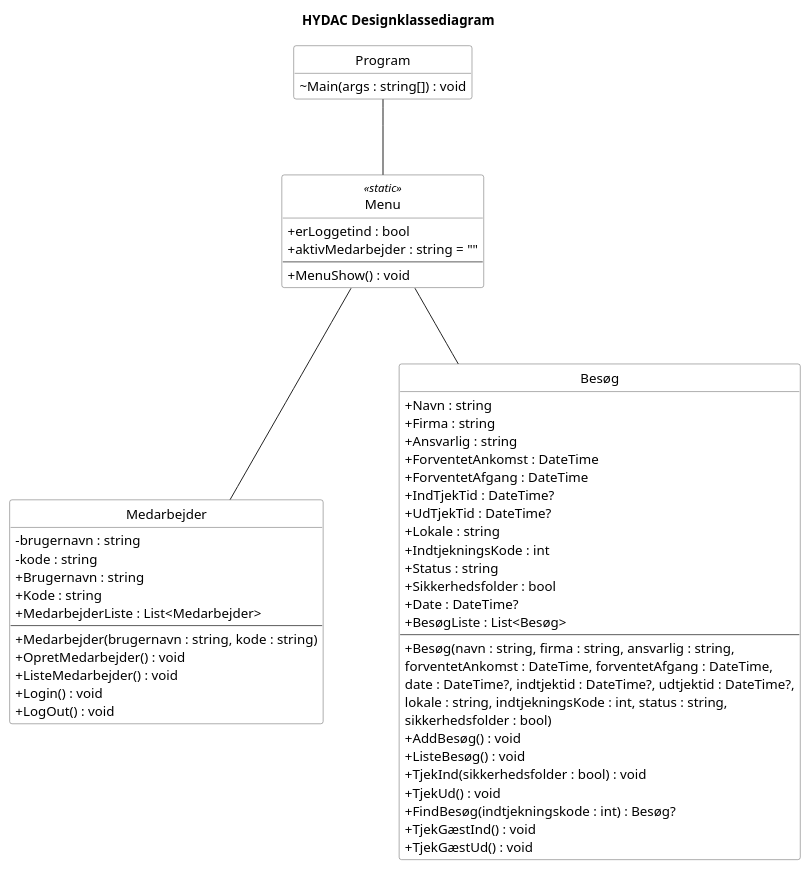
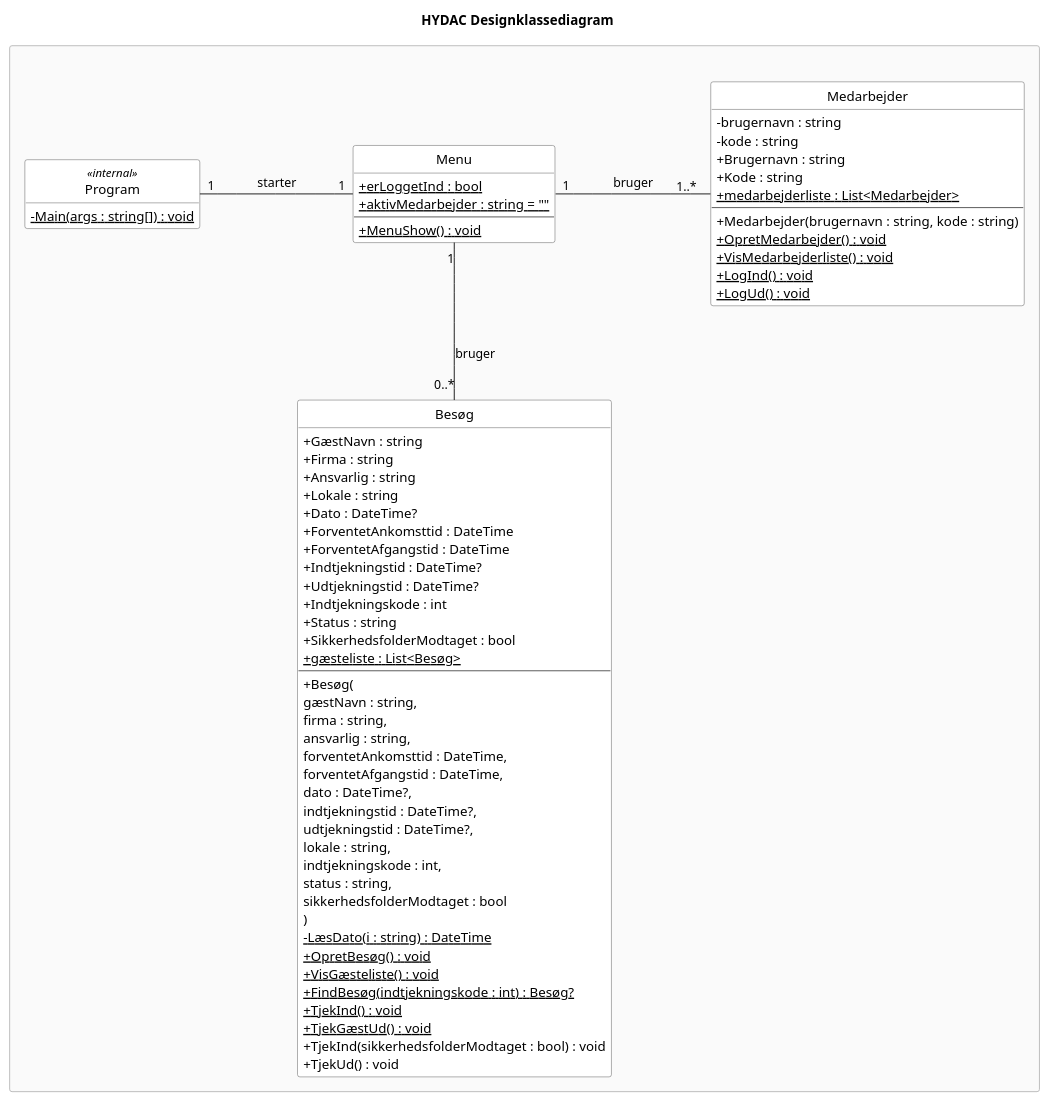
Before and after one commit to Zoabz/Hydac: the diagram in 7. Design Class Diagram/7. Design Class Diagram.puml, drawn with PlantUML. The commit also changed 3 other files, not shown here.

Commit message:
dcd diagram

```diff
--- a/7. Design Class Diagram/7. Design Class Diagram.puml
+++ b/7. Design Class Diagram/7. Design Class Diagram.puml
@@ -1,74 +1,97 @@
 @startuml
 title HYDAC Designklassediagram
 
 hide circle
 hide empty members
 
 skinparam classAttributeIconSize 0
-skinparam nodesep 80
+skinparam pageMargin 40
+skinparam nodesep 120
 skinparam ranksep 80
+
+skinparam rectangle {
+    BackgroundColor #FAFAFA
+    BorderColor #BBBBBB
+}
 
 skinparam class {
     BackgroundColor white
     BorderColor #555555
 }
 
-class Program {
-    ~ Main(args : string[]) : void
+rectangle " " as bakgrund {
+
+class Program <<internal>> {
+    - {static} Main(args : string[]) : void
 }
 
-class Menu <<static>> {
-    + erLoggetind : bool
-    + aktivMedarbejder : string = ""
+
+class Menu {
+    + {static} erLoggetInd : bool
+    + {static} aktivMedarbejder : string = ""
     --
-    + MenuShow() : void
+    + {static} MenuShow() : void
 }
+
 
 class Medarbejder {
     - brugernavn : string
     - kode : string
     + Brugernavn : string
     + Kode : string
-    + MedarbejderListe : List<Medarbejder>
+    + {static} medarbejderliste : List<Medarbejder>
     --
     + Medarbejder(brugernavn : string, kode : string)
-    + OpretMedarbejder() : void
-    + ListeMedarbejder() : void
-    + Login() : void
-    + LogOut() : void
+    + {static} OpretMedarbejder() : void
+    + {static} VisMedarbejderliste() : void
+    + {static} LogInd() : void
+    + {static} LogUd() : void
 }
 
+
 class Besøg {
-    + Navn : string
+    + GæstNavn : string
     + Firma : string
     + Ansvarlig : string
-    + ForventetAnkomst : DateTime
-    + ForventetAfgang : DateTime
-    + IndTjekTid : DateTime?
-    + UdTjekTid : DateTime?
     + Lokale : string
-    + IndtjekningsKode : int
+    + Dato : DateTime?
+    + ForventetAnkomsttid : DateTime
+    + ForventetAfgangstid : DateTime
+    + Indtjekningstid : DateTime?
+    + Udtjekningstid : DateTime?
+    + Indtjekningskode : int
     + Status : string
-    + Sikkerhedsfolder : bool
-    + Date : DateTime?
-    + BesøgListe : List<Besøg>
+    + SikkerhedsfolderModtaget : bool
+    + {static} gæsteliste : List<Besøg>
     --
-    + Besøg(navn : string, firma : string, ansvarlig : string,
-        forventetAnkomst : DateTime, forventetAfgang : DateTime,
-        date : DateTime?, indtjektid : DateTime?, udtjektid : DateTime?,
-        lokale : string, indtjekningsKode : int, status : string,
-        sikkerhedsfolder : bool)
-    + AddBesøg() : void
-    + ListeBesøg() : void
-    + TjekInd(sikkerhedsfolder : bool) : void
+    + Besøg(
+        gæstNavn : string,
+        firma : string,
+        ansvarlig : string,
+        forventetAnkomsttid : DateTime,
+        forventetAfgangstid : DateTime,
+        dato : DateTime?,
+        indtjekningstid : DateTime?,
+        udtjekningstid : DateTime?,
+        lokale : string,
+        indtjekningskode : int,
+        status : string,
+        sikkerhedsfolderModtaget : bool
+    )
+    - {static} LæsDato(i : string) : DateTime
+    + {static} OpretBesøg() : void
+    + {static} VisGæsteliste() : void
+    + {static} FindBesøg(indtjekningskode : int) : Besøg?
+    + {static} TjekInd() : void
+    + {static} TjekGæstUd() : void
+    + TjekInd(sikkerhedsfolderModtaget : bool) : void
     + TjekUd() : void
-    + FindBesøg(indtjekningskode : int) : Besøg?
-    + TjekGæstInd() : void
-    + TjekGæstUd() : void
 }
-Program -- Menu 
-Menu -- Besøg 
-Menu -- Medarbejder
 
+Program "1" -right- "1" Menu : starter
+Menu "1" -down- "0..*" Besøg : bruger
+Menu "1  " -right- "1..*  " Medarbejder :   bruger
+
+}
 
 @enduml
```
